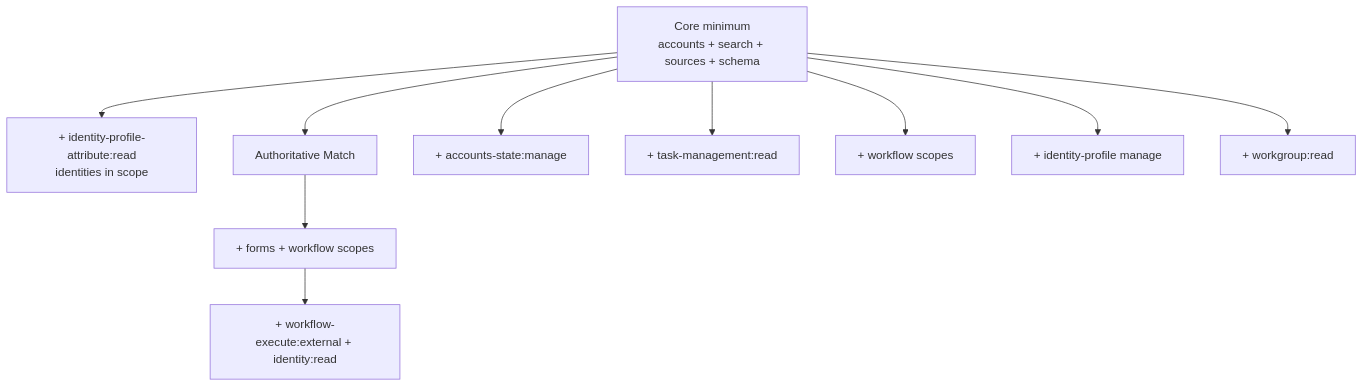
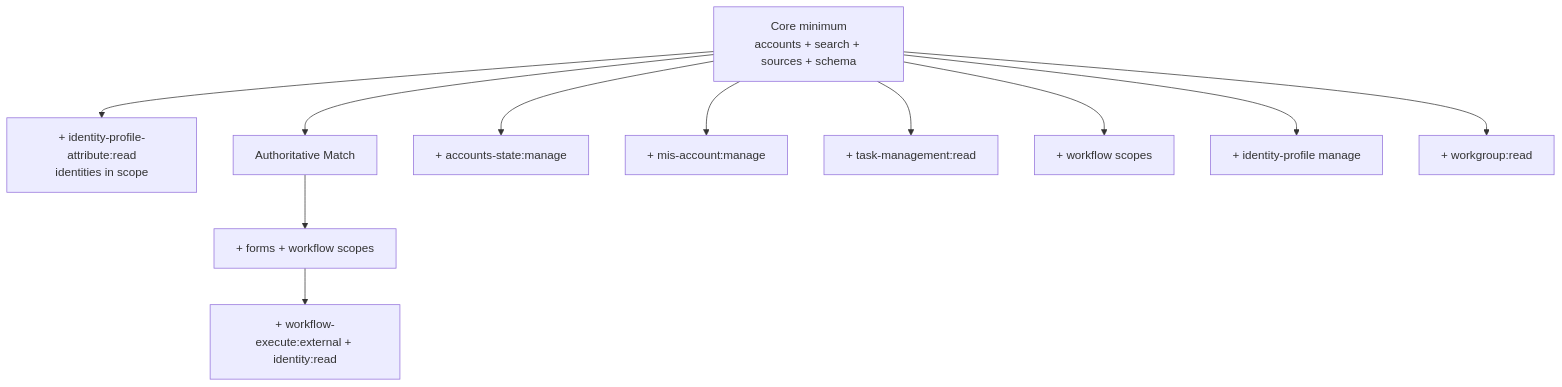
The diagram in docs/reference/pat-scopes.md (fernando-delosrios-sp/colab-saas-conn-sailpoint-identity-fusion), drawn with Mermaid before and after one commit. The commit also changed other lines of this file and 13 other files, not shown here.

First line of the commit message:
fix(ownership): surface machine-account owner writes and record API failures

````diff
--- a/docs/reference/pat-scopes.md
+++ b/docs/reference/pat-scopes.md
@@ -77,13 +80,14 @@
 ```mermaid
 flowchart TD
     BASE[Core minimum<br/>accounts + search + sources + schema]
     BASE --> IDATTR[+ identity-profile-attribute:read<br/>identities in scope]
     BASE --> AUTH[Authoritative Match]
     AUTH --> FORMS[+ forms + workflow scopes]
     FORMS --> EMAIL[+ workflow-execute:external + identity:read]
     BASE --> ORPHAN[+ accounts-state:manage]
+    BASE --> OWNERSHIP[+ mis-account:manage]
     BASE --> BEFORE[+ task-management:read]
     BASE --> DELAY[+ workflow scopes]
     BASE --> REV[+ identity-profile manage]
     BASE --> WG[+ workgroup:read]
 ```
````
